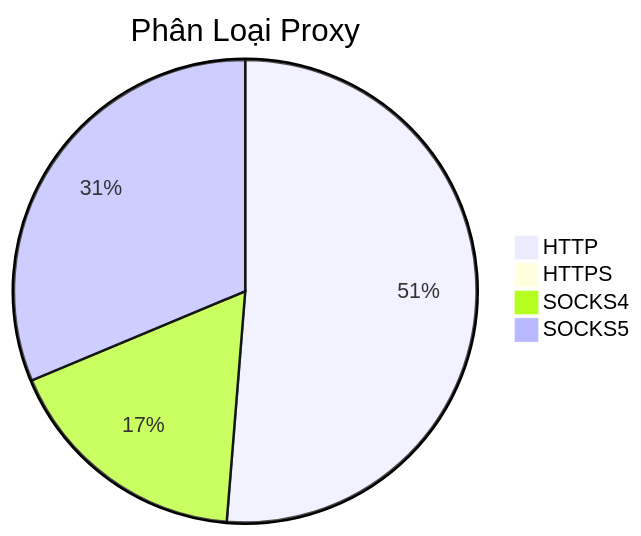
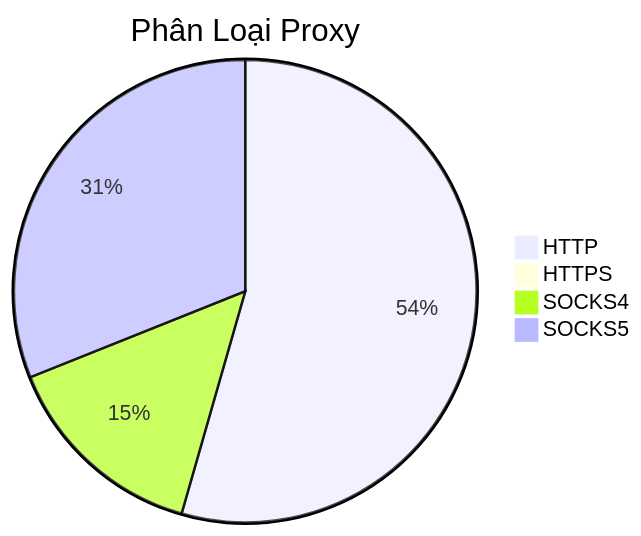
One commit to Ciara-12/PROXY-free changed the diagram in README.md. Above: the diagram before and after it, drawn with Mermaid. The commit also changed other lines of this file and 3 other files, not shown here.

````diff
--- a/README.md
+++ b/README.md
@@ -26,7 +26,7 @@
 ```mermaid
 pie title Phân Loại Proxy
-    "HTTP" : 1065
+    "HTTP" : 1092
     "HTTPS" : 0
-    "SOCKS4" : 362
-    "SOCKS5" : 650
+    "SOCKS4" : 291
+    "SOCKS5" : 623
 ```
````
